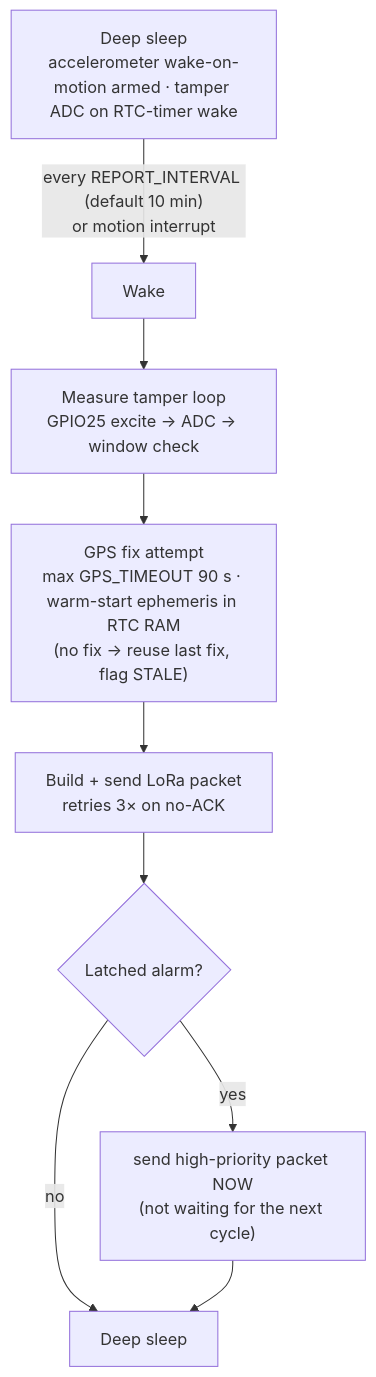
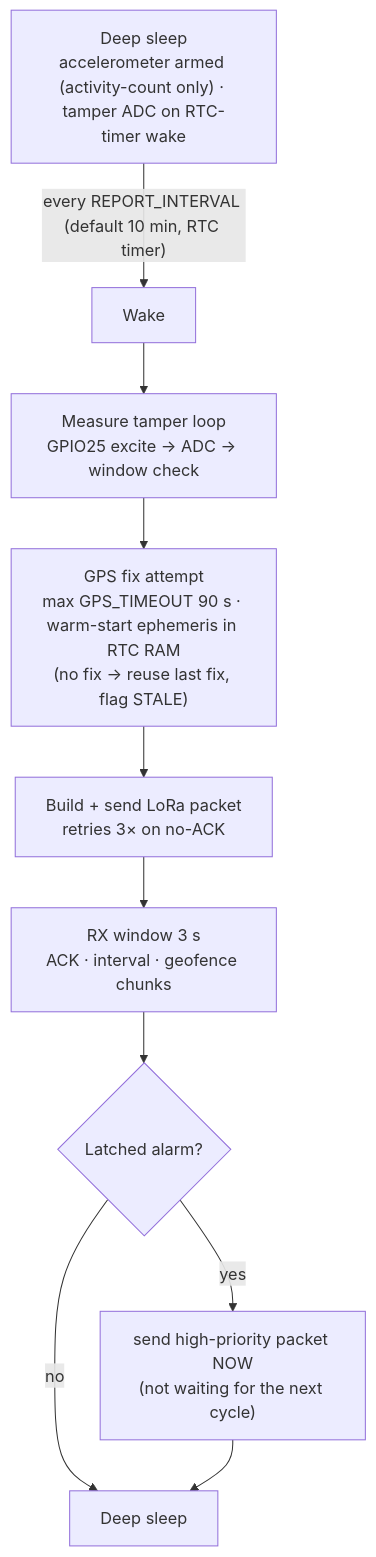
The first of 2 diagrams in docs/FIRMWARE.md (qppd/smart-collar), drawn with Mermaid before and after one commit. The commit also changed other lines of this file and 17 other files, not shown here.

First line of the commit message:
Docs: complete offline-first build guide with wiring diagram and Map Pack

````diff
--- a/docs/FIRMWARE.md
+++ b/docs/FIRMWARE.md
@@ -17,11 +17,12 @@
 ```mermaid
 flowchart TB
-    SLEEP["Deep sleep<br/>accelerometer wake-on-motion armed · tamper ADC on RTC-timer wake"] -- "every REPORT_INTERVAL (default 10 min)<br/>or motion interrupt" --> WAKE["Wake"]
+    SLEEP["Deep sleep<br/>accelerometer armed (activity-count only) · tamper ADC on RTC-timer wake"] -- "every REPORT_INTERVAL (default 10 min, RTC timer)" --> WAKE["Wake"]
     WAKE --> LOOPM["Measure tamper loop<br/>GPIO25 excite → ADC → window check"]
     LOOPM --> GPSF["GPS fix attempt<br/>max GPS_TIMEOUT 90 s · warm-start ephemeris in RTC RAM<br/>(no fix → reuse last fix, flag STALE)"]
     GPSF --> SND["Build + send LoRa packet<br/>retries 3× on no-ACK"]
-    SND --> LATCH{"Latched alarm?"}
+    SND --> RXW["RX window 3 s<br/>ACK · interval · geofence chunks"]
+    RXW --> LATCH{"Latched alarm?"}
     LATCH -- "yes" --> NOW["send high-priority packet NOW<br/>(not waiting for the next cycle)"]
     LATCH -- "no" --> BACK["Deep sleep"]
     NOW --> BACK
 ```
````
